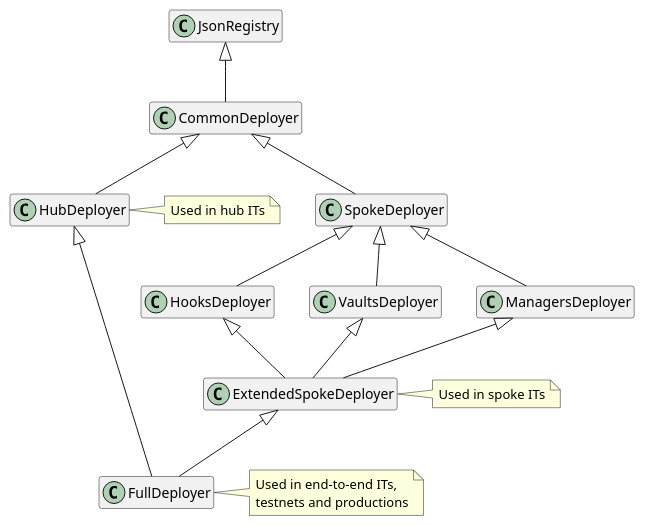
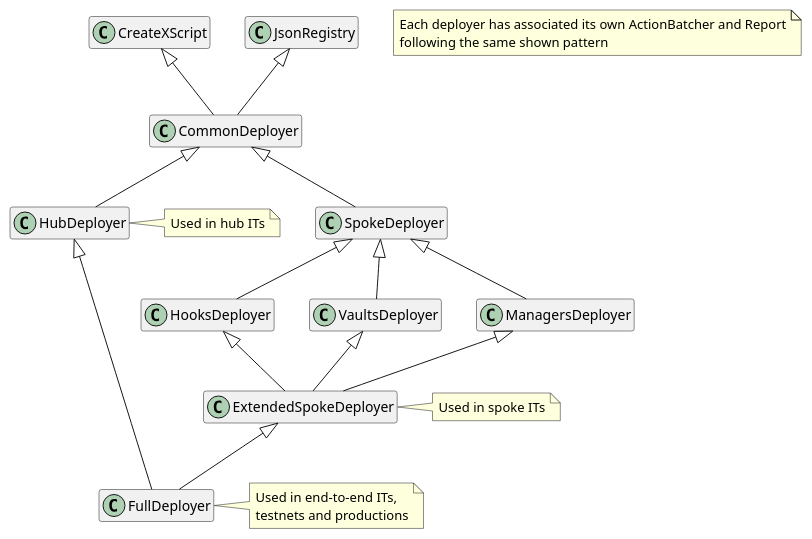
One commit to centrifuge/protocol changed the diagram in docs/architecture/deployers.puml. Above: the diagram before and after it, drawn with PlantUML. The commit also changed 17 other files, not shown here.

```diff
--- a/docs/architecture/deployers.puml
+++ b/docs/architecture/deployers.puml
@@ -1,33 +1,38 @@
 @startuml
 hide empty members
 
+note "Each deployer has associated its own ActionBatcher and Report\nfollowing the same shown pattern" as N1
+
 class JsonRegistry
+class CreateXScript
+
 class CommonDeployer
 class HubDeployer
 class SpokeDeployer
 class FullDeployer
 
 class ManagersDeployer
 class VaultsDeployer
 class HooksDeployer
 class ExtendedSpokeDeployer
 
 CommonDeployer -up-|> JsonRegistry
+CommonDeployer -up-|> CreateXScript
 HubDeployer -up-|> CommonDeployer
 SpokeDeployer -up-|> CommonDeployer
 
 ManagersDeployer -up-|> SpokeDeployer
 VaultsDeployer -up-|> SpokeDeployer
 HooksDeployer -up-|> SpokeDeployer
 
 ExtendedSpokeDeployer -up-|> ManagersDeployer
 ExtendedSpokeDeployer -up-|> VaultsDeployer
 ExtendedSpokeDeployer -up-|> HooksDeployer
 
 FullDeployer -up---|> HubDeployer
 FullDeployer -up-|> ExtendedSpokeDeployer
 
 note right of ExtendedSpokeDeployer: Used in spoke ITs
 note right of HubDeployer: Used in hub ITs
 note right of FullDeployer: Used in end-to-end ITs,\ntestnets and productions
 @enduml
```
